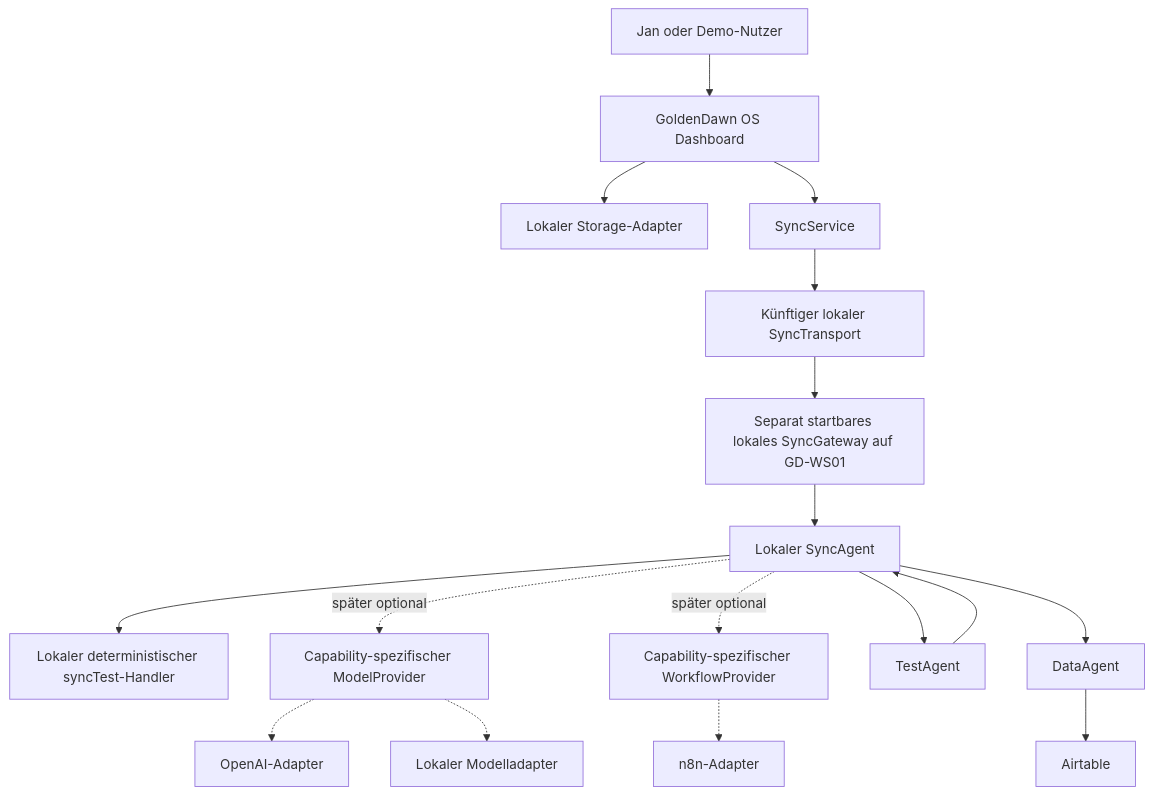
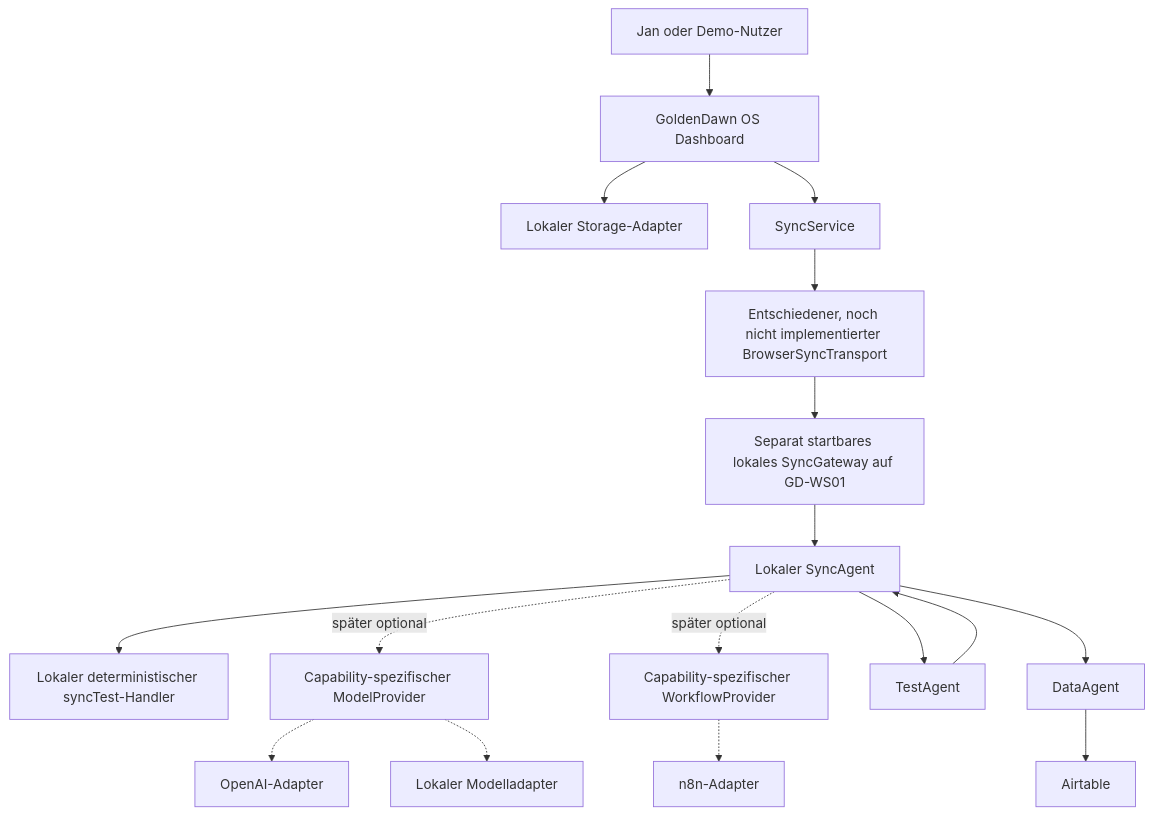
The first of 2 diagrams in docs/architecture.md (Varudan/goldendawn-os), drawn with Mermaid before and after one commit. The commit also changed other lines of this file and 8 other files, not shown here.

Commit message:
docs: adr-0026-browser-sync-transport-contract (#57)

````diff
--- a/docs/architecture.md
+++ b/docs/architecture.md
@@ -62,19 +62,19 @@
 ```mermaid
 flowchart TD
     User["Jan oder Demo-Nutzer"] --> UI["GoldenDawn OS Dashboard"]
     UI --> Local["Lokaler Storage-Adapter"]
     UI --> Sync["SyncService"]
-    Sync --> Transport["Künftiger lokaler SyncTransport"]
+    Sync --> Transport["Entschiedener, noch nicht implementierter BrowserSyncTransport"]
     Transport --> Gateway["Separat startbares lokales SyncGateway auf GD-WS01"]
     Gateway --> Router["Lokaler SyncAgent"]
     Router --> SyncTest["Lokaler deterministischer syncTest-Handler"]
     Router -.->|später optional| Model["Capability-spezifischer ModelProvider"]
     Model -.-> OpenAI["OpenAI-Adapter"]
     Model -.-> LocalModel["Lokaler Modelladapter"]
     Router -.->|später optional| Workflow["Capability-spezifischer WorkflowProvider"]
     Workflow -.-> N8n["n8n-Adapter"]
     Router --> Test["TestAgent"]
     Router --> Data["DataAgent"]
     Test --> Router
     Data --> Airtable["Airtable"]
 ```
````
